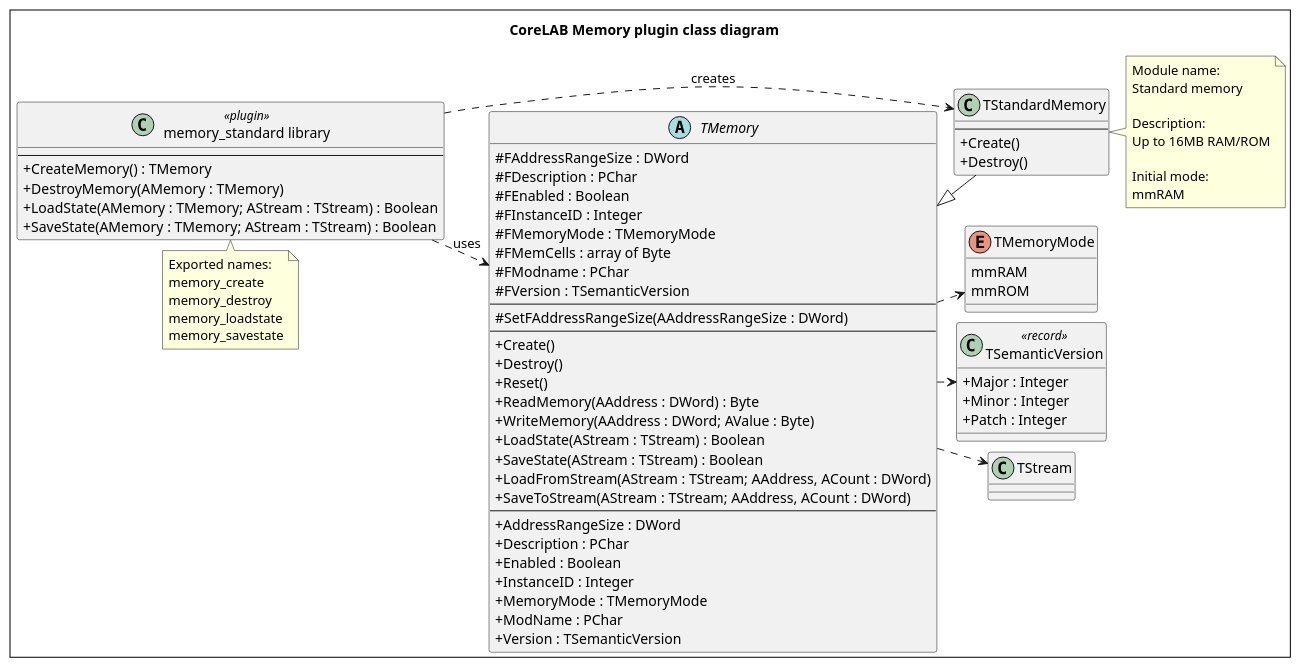
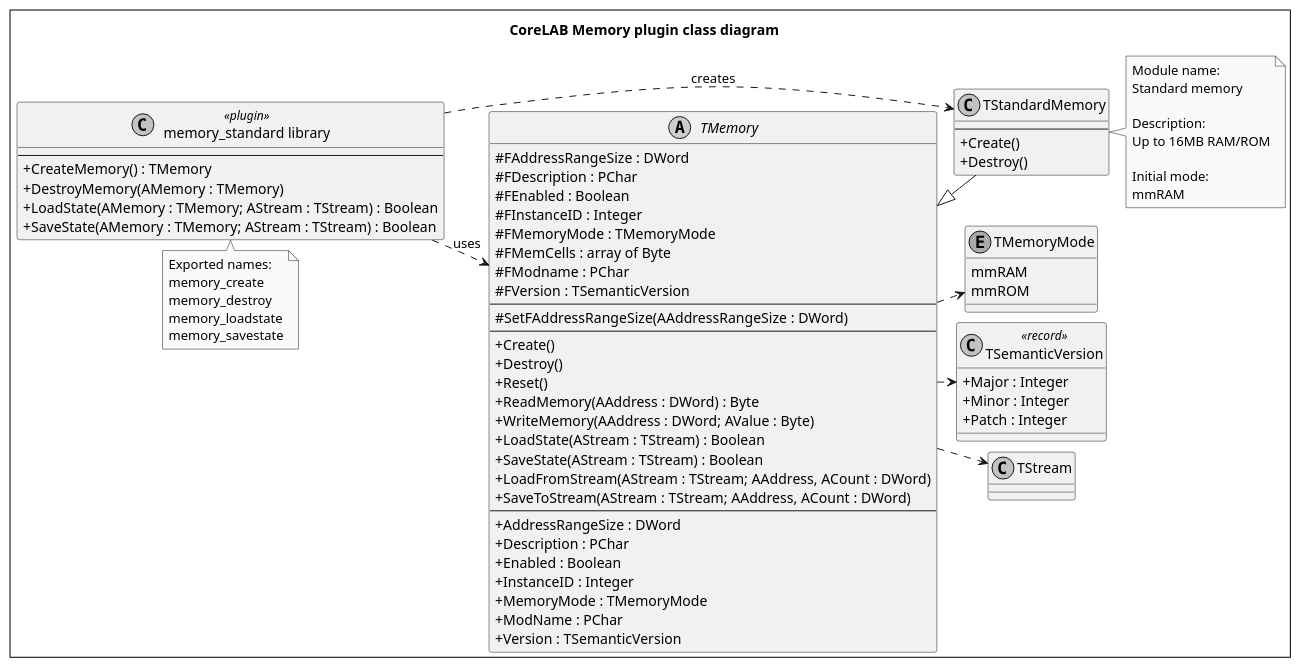
The diagram in document/code/diagrams/source/class_memory.puml (pozsarzs/corelab), drawn with PlantUML before and after one commit. The commit also changed 29 other files, not shown here.

```diff
--- a/document/code/diagrams/source/class_memory.puml
+++ b/document/code/diagrams/source/class_memory.puml
@@ -1,99 +1,100 @@
 @startuml
 
 title CoreLAB Memory plugin class diagram
 
 skinparam classAttributeIconSize 0
 skinparam diagramBorderColor black
 skinparam diagramBorderThickness 1
 'skinparam linetype ortho
 skinparam nodesep 10
 skinparam packageStyle rectangle
 skinparam ranksep 10
 skinparam shadowing false
+skinparam monochrome true
 left to right direction
 
 abstract class TMemory {
   # FAddressRangeSize : DWord
   # FDescription : PChar
   # FEnabled : Boolean
   # FInstanceID : Integer
   # FMemoryMode : TMemoryMode
   # FMemCells : array of Byte
   # FModname : PChar
   # FVersion : TSemanticVersion
   --
   # SetFAddressRangeSize(AAddressRangeSize : DWord)
   --
   + Create()
   + Destroy()
   + Reset()
   + ReadMemory(AAddress : DWord) : Byte
   + WriteMemory(AAddress : DWord; AValue : Byte)
   + LoadState(AStream : TStream) : Boolean
   + SaveState(AStream : TStream) : Boolean
   + LoadFromStream(AStream : TStream; AAddress, ACount : DWord)
   + SaveToStream(AStream : TStream; AAddress, ACount : DWord)
   --
   + AddressRangeSize : DWord
   + Description : PChar
   + Enabled : Boolean
   + InstanceID : Integer
   + MemoryMode : TMemoryMode
   + ModName : PChar
   + Version : TSemanticVersion
 }
 
 class TStandardMemory {
   --
   + Create()
   + Destroy()
 }
 
 enum TMemoryMode {
   mmRAM
   mmROM
 }
 
 class TSemanticVersion <<record>> {
   + Major : Integer
   + Minor : Integer
   + Patch : Integer
 }
 
 TMemory <|-- TStandardMemory
 
 TMemory ..> TMemoryMode
 TMemory ..> TSemanticVersion
 TMemory ..> TStream
 
 class "memory_standard library" as MemoryStandard <<plugin>> {
   --
   + CreateMemory() : TMemory
   + DestroyMemory(AMemory : TMemory)
   + LoadState(AMemory : TMemory; AStream : TStream) : Boolean
   + SaveState(AMemory : TMemory; AStream : TStream) : Boolean
 }
 
 MemoryStandard ..> TStandardMemory : creates
 MemoryStandard ..> TMemory : uses
 
 note right of TStandardMemory
 Module name:
 Standard memory
 
 Description:
 Up to 16MB RAM/ROM
 
 Initial mode:
 mmRAM
 end note
 
 note bottom of MemoryStandard
 Exported names:
 memory_create
 memory_destroy
 memory_loadstate
 memory_savestate
 end note
 
 @enduml
```
